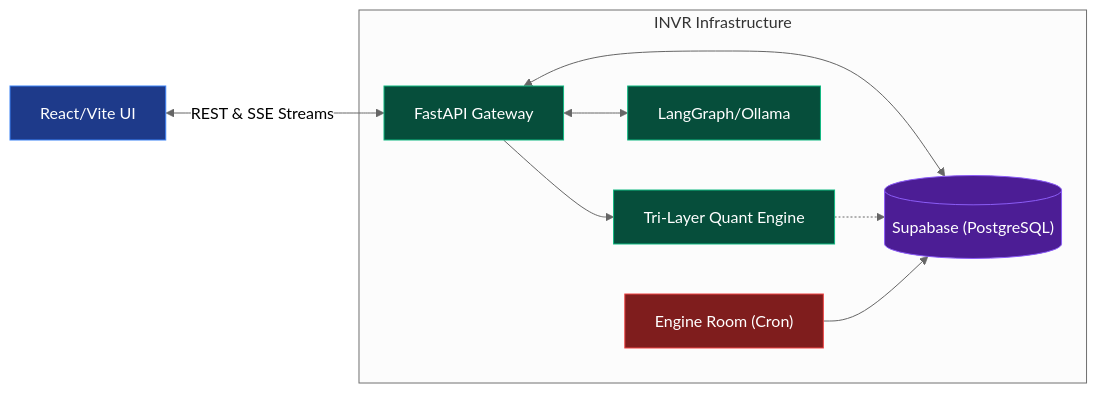
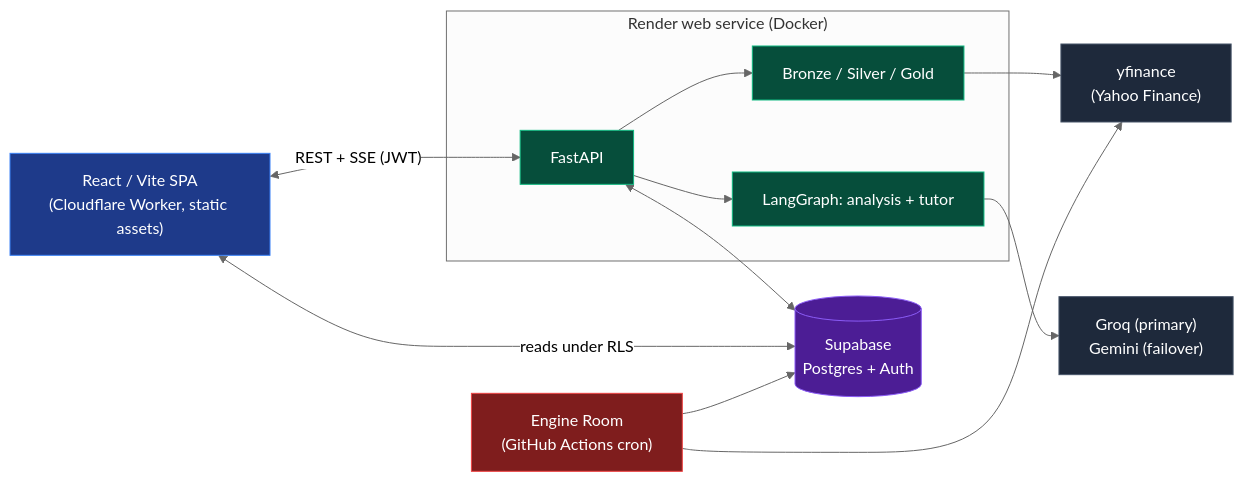
The third of 3 diagrams in README.md (gh0gale/INVR), drawn with Mermaid (neutral theme) before and after one commit. The commit also changed other lines of this file, not shown here.

````diff
--- a/README.md
+++ b/README.md
@@ -90,25 +86,31 @@
 ```mermaid
 flowchart LR
     classDef frontend fill:#1e3a8a,stroke:#3b82f6,color:#fff;
     classDef backend fill:#064e3b,stroke:#10b981,color:#fff;
     classDef db fill:#4c1d95,stroke:#8b5cf6,color:#fff;
     classDef engine fill:#7f1d1d,stroke:#ef4444,color:#fff;
-    
-    Client[" React/Vite UI"]:::frontend
-    
-    subgraph Cloud["INVR Infrastructure"]
-        API[" FastAPI Gateway"]:::backend
-        Quant[" Tri-Layer Quant Engine"]:::backend
-        LLM[" LangGraph/Ollama"]:::backend
-        DB[(" Supabase (PostgreSQL)")]:::db
-        Engine[" Engine Room (Cron)"]:::engine
-        
+    classDef ext fill:#1e293b,stroke:#475569,color:#fff;
+
+    Client["React / Vite SPA<br>(Cloudflare Worker, static assets)"]:::frontend
+
+    subgraph Render["Render web service (Docker)"]
+        API["FastAPI"]:::backend
+        Quant["Bronze / Silver / Gold"]:::backend
+        Graphs["LangGraph: analysis + tutor"]:::backend
         API --> Quant
-        API <--> LLM
-        API <--> DB
-        Quant -.-> DB
-        Engine --> DB
+        API --> Graphs
     end
-    
-    Client <-->|REST & SSE Streams| API
+
+    DB[("Supabase<br>Postgres + Auth")]:::db
+    LLMs["Groq (primary)<br>Gemini (failover)"]:::ext
+    YF["yfinance<br>(Yahoo Finance)"]:::ext
+    Engine["Engine Room<br>(GitHub Actions cron)"]:::engine
+
+    Client <-->|"REST + SSE (JWT)"| API
+    Client <-->|"reads under RLS"| DB
+    API <--> DB
+    Quant --> YF
+    Graphs --> LLMs
+    Engine --> DB
+    Engine --> YF
 ```
````
